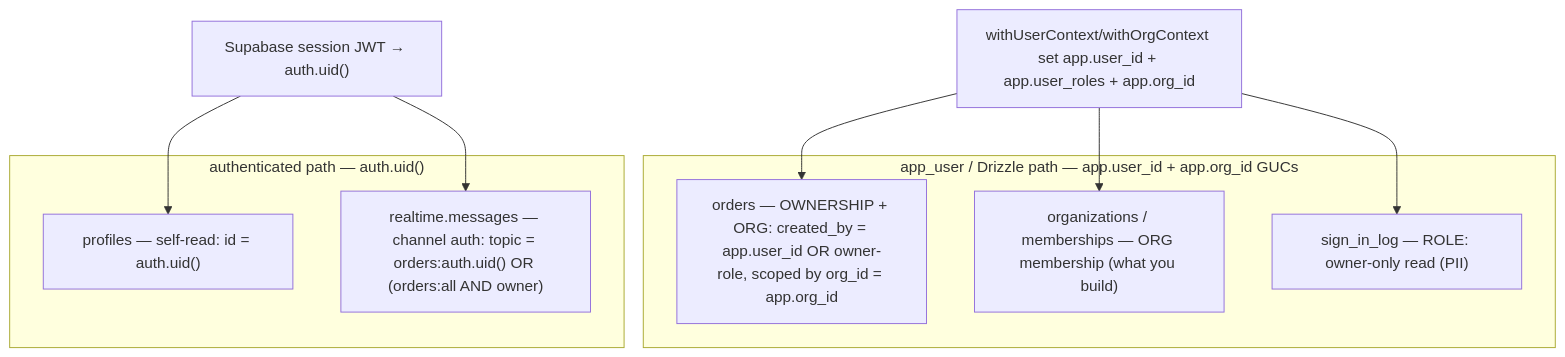
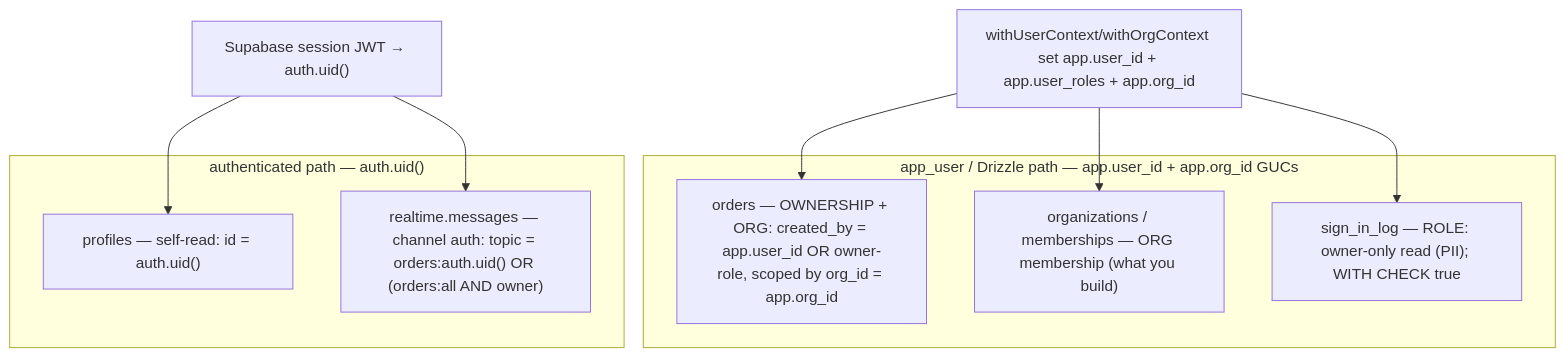
One commit to AhmedKhan-GH/polaris changed the fifth of 6 diagrams in SECURITY-HANDBOOK.md. Above: the diagram before and after it, drawn with Mermaid. The commit also changed other lines of this file and 1 other file, not shown here.

````diff
--- a/SECURITY-HANDBOOK.md
+++ b/SECURITY-HANDBOOK.md
@@ -146,17 +223,17 @@
 ```mermaid
 graph TD
   subgraph appPath["app_user / Drizzle path — app.user_id + app.org_id GUCs"]
     orders["orders — OWNERSHIP + ORG: created_by = app.user_id OR owner-role, scoped by org_id = app.org_id"]
     orgs["organizations / memberships — ORG membership (what you build)"]
-    signinlog["sign_in_log — ROLE: owner-only read (PII)"]
+    signinlog["sign_in_log — ROLE: owner-only read (PII); WITH CHECK true"]
   end
   subgraph supaPath["authenticated path — auth.uid()"]
     profiles["profiles — self-read: id = auth.uid()"]
     rtmsg["realtime.messages — channel auth: topic = orders:auth.uid() OR (orders:all AND owner)"]
   end
   GUC["withUserContext/withOrgContext set app.user_id + app.user_roles + app.org_id"] --> orders
   GUC --> orgs
   GUC --> signinlog
   JWT["Supabase session JWT → auth.uid()"] --> profiles
   JWT --> rtmsg
 ```
````
